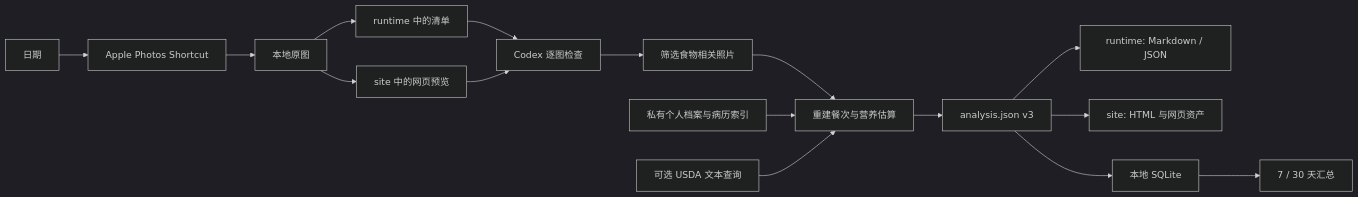
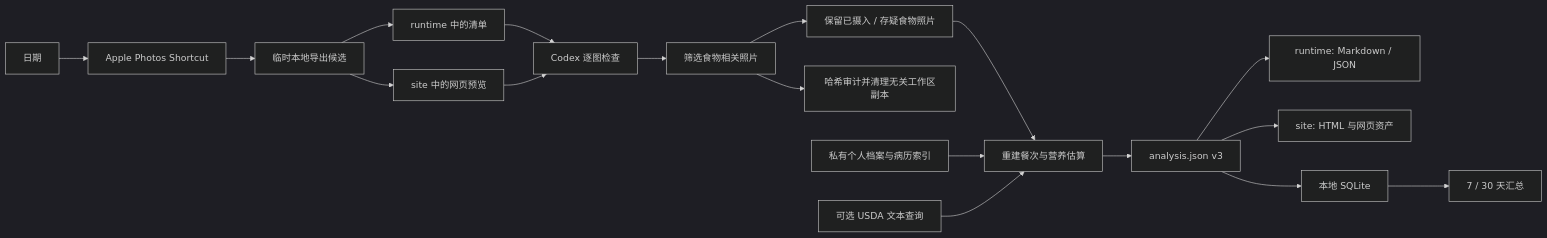
One commit to imathwy/health changed the diagram in README.zh-CN.md. Above: the diagram before and after it, drawn with Mermaid (dark theme). The commit also changed other lines of this file and 20 other files, not shown here.

````diff
--- a/README.zh-CN.md
+++ b/README.zh-CN.md
@@ -7,18 +7,20 @@
 ```mermaid
 flowchart LR
     A[日期] --> B[Apple Photos Shortcut]
-    B --> C[本地原图]
+    B --> C[临时本地导出候选]
     C --> D[runtime 中的清单]
     C --> P[site 中的网页预览]
     D --> E[Codex 逐图检查]
     P --> E
     E --> S[筛选食物相关照片]
-    S --> N[重建餐次与营养估算]
+    S --> R[保留已摄入 / 存疑食物照片]
+    S --> Q[哈希审计并清理无关工作区副本]
+    R --> N[重建餐次与营养估算]
     X[私有个人档案与病历索引] --> N
     U[可选 USDA 文本查询] --> N
     N --> F[analysis.json v3]
     F --> G[runtime: Markdown / JSON]
     F --> W[site: HTML 与网页资产]
     F --> H[本地 SQLite]
     H --> I[7 / 30 天汇总]
 ```
````
